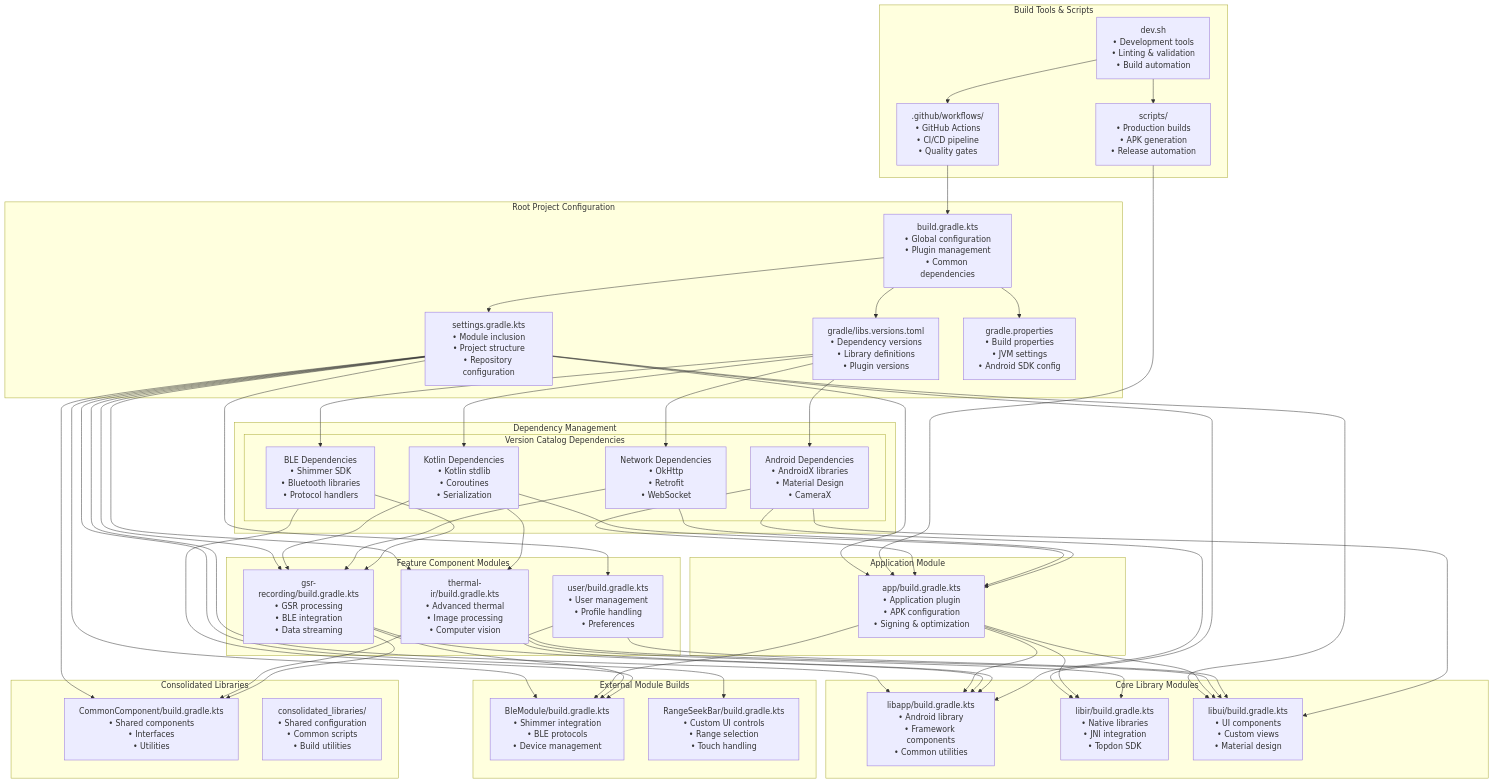
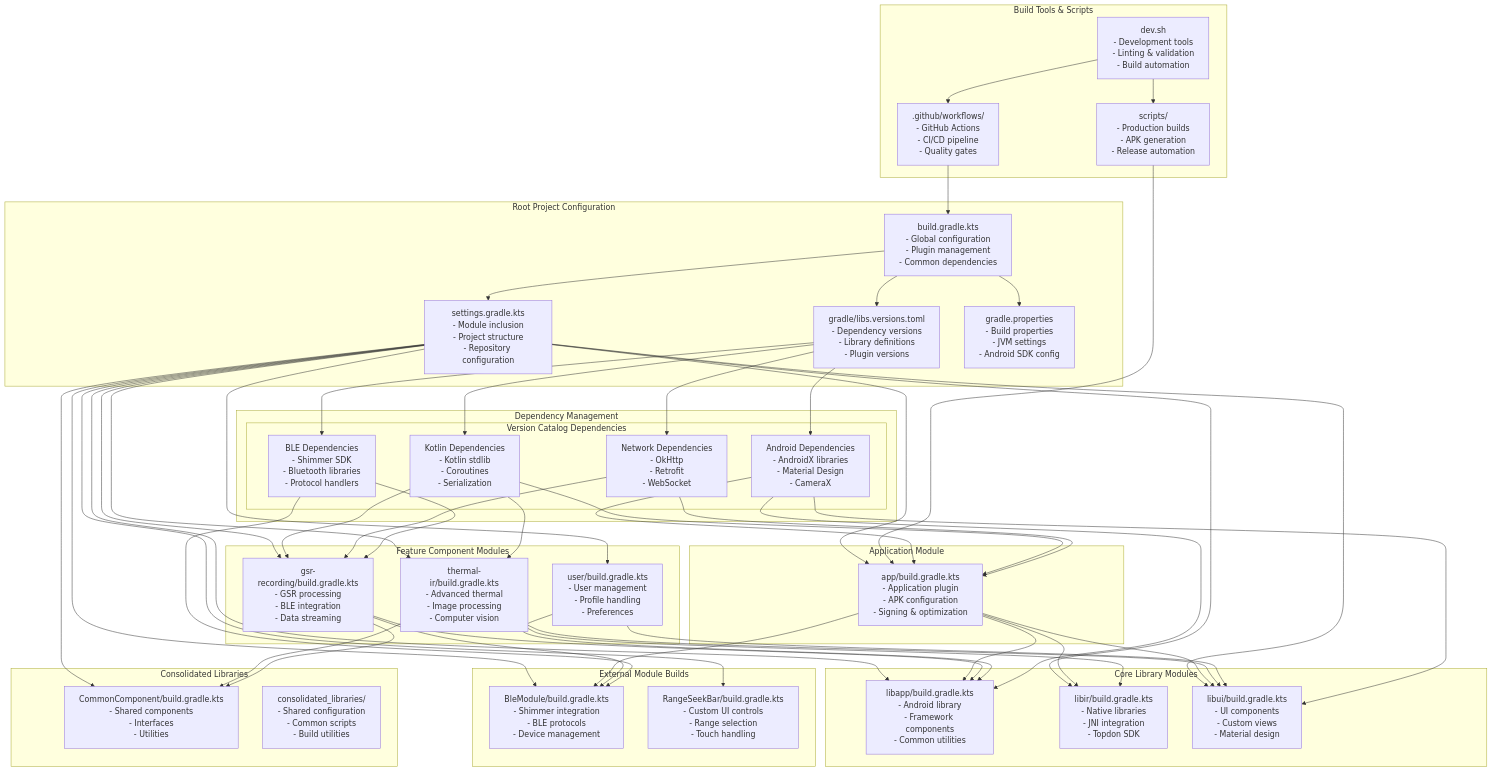
The ninth of 23 diagrams in docs/COMPREHENSIVE_ARCHITECTURE_DIAGRAMS.md (uclgsr/IRCamera), drawn with Mermaid before and after one commit. The commit also changed other lines of this file and 1 other file, not shown here.

````diff
--- a/docs/COMPREHENSIVE_ARCHITECTURE_DIAGRAMS.md
+++ b/docs/COMPREHENSIVE_ARCHITECTURE_DIAGRAMS.md
@@ -941,64 +941,64 @@
 ```mermaid
 graph TB
     subgraph "Root Project Configuration"
-        RootBuild[build.gradle.kts<br/>• Global configuration<br/>• Plugin management<br/>• Common dependencies]
+        RootBuild[build.gradle.kts<br/>- Global configuration<br/>- Plugin management<br/>- Common dependencies]
         
-        Settings[settings.gradle.kts<br/>• Module inclusion<br/>• Project structure<br/>• Repository configuration]
+        Settings[settings.gradle.kts<br/>- Module inclusion<br/>- Project structure<br/>- Repository configuration]
         
-        VersionCatalog[gradle/libs.versions.toml<br/>• Dependency versions<br/>• Library definitions<br/>• Plugin versions]
+        VersionCatalog[gradle/libs.versions.toml<br/>- Dependency versions<br/>- Library definitions<br/>- Plugin versions]
         
-        GradleProps[gradle.properties<br/>• Build properties<br/>• JVM settings<br/>• Android SDK config]
+        GradleProps[gradle.properties<br/>- Build properties<br/>- JVM settings<br/>- Android SDK config]
     end
     
     subgraph "Application Module"
-        AppBuild[app/build.gradle.kts<br/>• Application plugin<br/>• APK configuration<br/>• Signing & optimization]
+        AppBuild[app/build.gradle.kts<br/>- Application plugin<br/>- APK configuration<br/>- Signing & optimization]
     end
     
     subgraph "Core Library Modules"
-        LibAppBuild[libapp/build.gradle.kts<br/>• Android library<br/>• Framework components<br/>• Common utilities]
+        LibAppBuild[libapp/build.gradle.kts<br/>- Android library<br/>- Framework components<br/>- Common utilities]
         
-        LibIRBuild[libir/build.gradle.kts<br/>• Native libraries<br/>• JNI integration<br/>• Topdon SDK]
+        LibIRBuild[libir/build.gradle.kts<br/>- Native libraries<br/>- JNI integration<br/>- Topdon SDK]
         
-        LibUIBuild[libui/build.gradle.kts<br/>• UI components<br/>• Custom views<br/>• Material design]
+        LibUIBuild[libui/build.gradle.kts<br/>- UI components<br/>- Custom views<br/>- Material design]
     end
     
     subgraph "Feature Component Modules"
-        ThermalIRBuild[thermal-ir/build.gradle.kts<br/>• Advanced thermal<br/>• Image processing<br/>• Computer vision]
+        ThermalIRBuild[thermal-ir/build.gradle.kts<br/>- Advanced thermal<br/>- Image processing<br/>- Computer vision]
         
-        GSRBuild[gsr-recording/build.gradle.kts<br/>• GSR processing<br/>• BLE integration<br/>• Data streaming]
+        GSRBuild[gsr-recording/build.gradle.kts<br/>- GSR processing<br/>- BLE integration<br/>- Data streaming]
         
-        UserBuild[user/build.gradle.kts<br/>• User management<br/>• Profile handling<br/>• Preferences]
+        UserBuild[user/build.gradle.kts<br/>- User management<br/>- Profile handling<br/>- Preferences]
     end
     
     subgraph "External Module Builds"
-        BleBuild[BleModule/build.gradle.kts<br/>• Shimmer integration<br/>• BLE protocols<br/>• Device management]
+        BleBuild[BleModule/build.gradle.kts<br/>- Shimmer integration<br/>- BLE protocols<br/>- Device management]
         
-        RangeSeekBarBuild[RangeSeekBar/build.gradle.kts<br/>• Custom UI controls<br/>• Range selection<br/>• Touch handling]
+        RangeSeekBarBuild[RangeSeekBar/build.gradle.kts<br/>- Custom UI controls<br/>- Range selection<br/>- Touch handling]
     end
     
     subgraph "Consolidated Libraries"
-        CommonBuild[CommonComponent/build.gradle.kts<br/>• Shared components<br/>• Interfaces<br/>• Utilities]
+        CommonBuild[CommonComponent/build.gradle.kts<br/>- Shared components<br/>- Interfaces<br/>- Utilities]
         
-        ConsolidatedBuild[consolidated_libraries/<br/>• Shared configuration<br/>• Common scripts<br/>• Build utilities]
+        ConsolidatedBuild[consolidated_libraries/<br/>- Shared configuration<br/>- Common scripts<br/>- Build utilities]
     end
     
     subgraph "Build Tools & Scripts"
-        DevScript[dev.sh<br/>• Development tools<br/>• Linting & validation<br/>• Build automation]
+        DevScript[dev.sh<br/>- Development tools<br/>- Linting & validation<br/>- Build automation]
         
-        BuildScripts[scripts/<br/>• Production builds<br/>• APK generation<br/>• Release automation]
+        BuildScripts[scripts/<br/>- Production builds<br/>- APK generation<br/>- Release automation]
         
-        CIWorkflows[.github/workflows/<br/>• GitHub Actions<br/>• CI/CD pipeline<br/>• Quality gates]
+        CIWorkflows[.github/workflows/<br/>- GitHub Actions<br/>- CI/CD pipeline<br/>- Quality gates]
     end
     
     subgraph "Dependency Management"
         subgraph "Version Catalog Dependencies"
-            AndroidDeps[Android Dependencies<br/>• AndroidX libraries<br/>• Material Design<br/>• CameraX]
+            AndroidDeps[Android Dependencies<br/>- AndroidX libraries<br/>- Material Design<br/>- CameraX]
             
-            KotlinDeps[Kotlin Dependencies<br/>• Kotlin stdlib<br/>• Coroutines<br/>• Serialization]
+            KotlinDeps[Kotlin Dependencies<br/>- Kotlin stdlib<br/>- Coroutines<br/>- Serialization]
             
-            NetworkDeps[Network Dependencies<br/>• OkHttp<br/>• Retrofit<br/>• WebSocket]
+            NetworkDeps[Network Dependencies<br/>- OkHttp<br/>- Retrofit<br/>- WebSocket]
             
-            BLEDeps[BLE Dependencies<br/>• Shimmer SDK<br/>• Bluetooth libraries<br/>• Protocol handlers]
+            BLEDeps[BLE Dependencies<br/>- Shimmer SDK<br/>- Bluetooth libraries<br/>- Protocol handlers]
         end
     end
     
````
